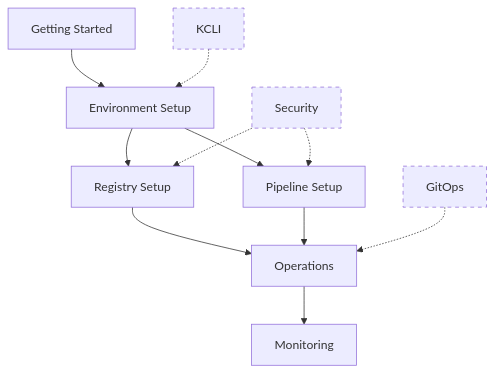
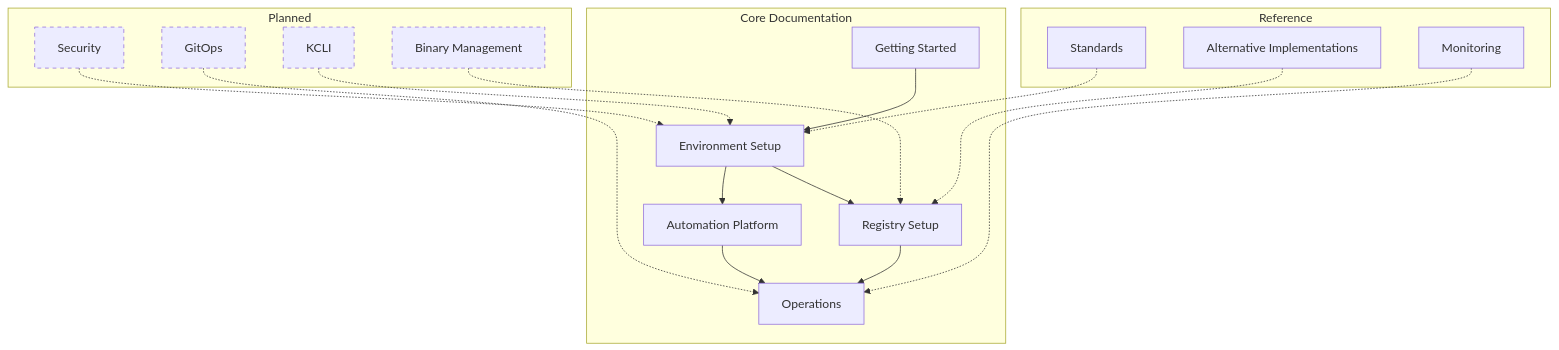
Before and after one commit to tosin2013/disconnected-openshift: the diagram in docs/README.md, drawn with Mermaid. The commit also changed other lines of this file and 54 other files, not shown here.

````diff
--- a/docs/README.md
+++ b/docs/README.md
@@ -82,18 +92,28 @@
 ```mermaid
 graph TD
-    A[Getting Started] --> B[Environment Setup]
-    B --> C[Registry Setup]
-    B --> D[Pipeline Setup]
-    C --> E[Operations]
-    D --> E
-    E --> F[Monitoring]
+    subgraph Core Documentation
+        A[Getting Started] --> B[Environment Setup]
+        B --> C[Registry Setup]
+        B --> D[Automation Platform]
+        C --> E[Operations]
+        D --> E
+    end
     
-    G[Security] -.-> C
-    G -.-> D
-    H[GitOps] -.-> E
-    I[KCLI] -.-> B
+    subgraph Reference
+        F[Standards] -.-> B
+        G[Alternative Implementations] -.-> C
+        H[Monitoring] -.-> E
+    end
     
-    style G stroke-dasharray: 5 5
-    style H stroke-dasharray: 5 5
+    subgraph Planned
+        I[Security] -.-> B
+        J[GitOps] -.-> E
+        K[KCLI] -.-> B
+        L[Binary Management] -.-> C
+    end
+    
     style I stroke-dasharray: 5 5
+    style J stroke-dasharray: 5 5
+    style K stroke-dasharray: 5 5
+    style L stroke-dasharray: 5 5
 ```
````
